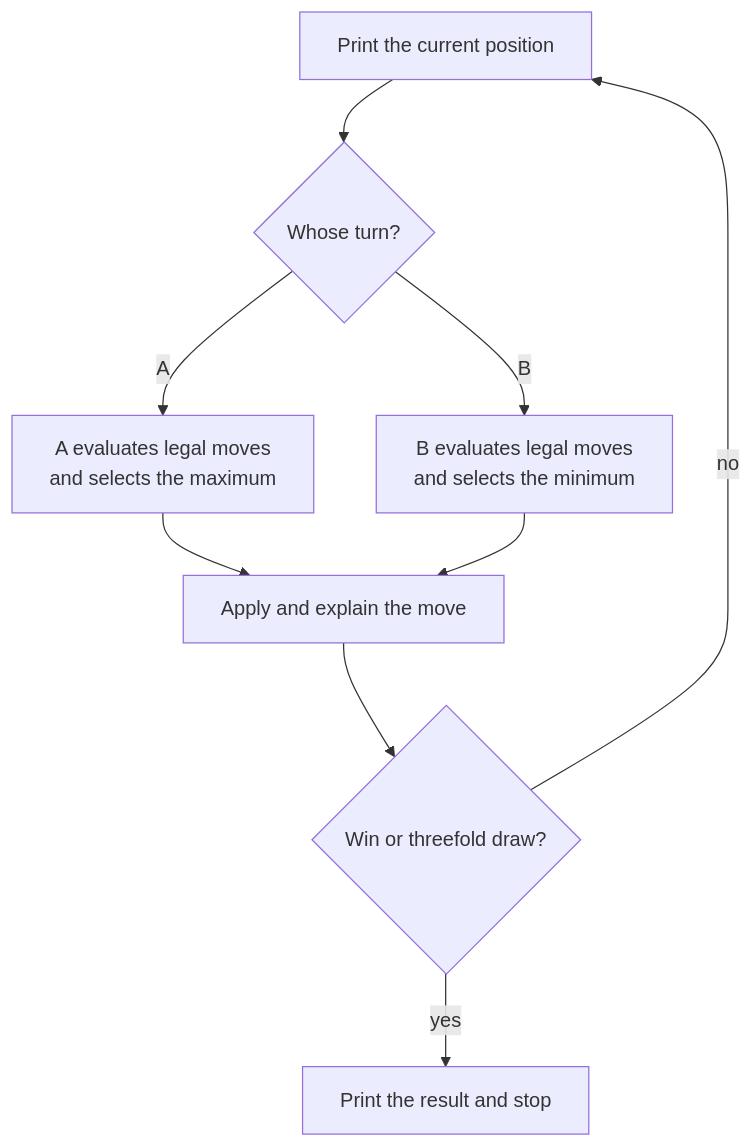
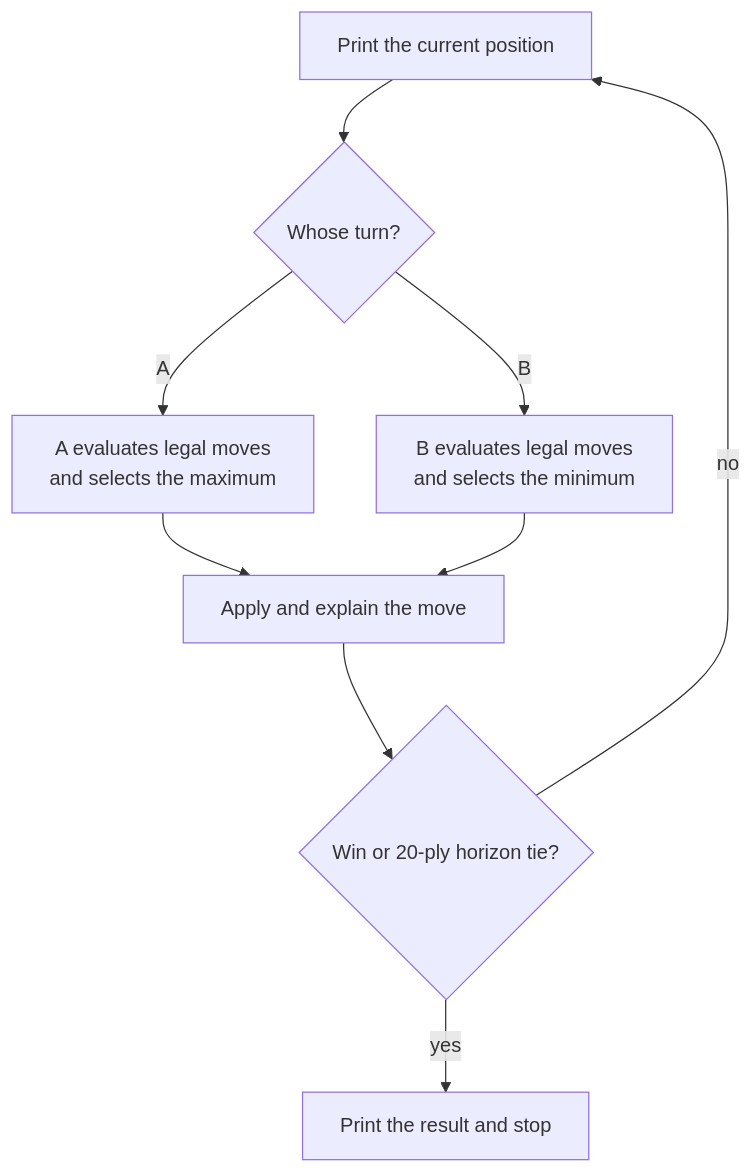
Before and after one commit to Jnuso/CSE-4095: the fourth of 4 diagrams in Assignment 6/AI_LOGIC_GRAPH.md, drawn with Mermaid. The commit also changed other lines of this file and 12 other files, not shown here.

````diff
--- a/Assignment 6/AI_LOGIC_GRAPH.md
+++ b/Assignment 6/AI_LOGIC_GRAPH.md
@@ -321,19 +269,19 @@
 ```mermaid
 flowchart TD
     P["Print the current position"]
     T{"Whose turn?"}
     A["A evaluates legal moves<br/>and selects the maximum"]
     B["B evaluates legal moves<br/>and selects the minimum"]
     M["Apply and explain the move"]
-    E{"Win or threefold draw?"}
+    E{"Win or 20-ply horizon tie?"}
     F["Print the result and stop"]
 
     P --> T
     T -->|"A"| A
     T -->|"B"| B
     A --> M
     B --> M
     M --> E
     E -->|"no"| P
     E -->|"yes"| F
 ```
````
